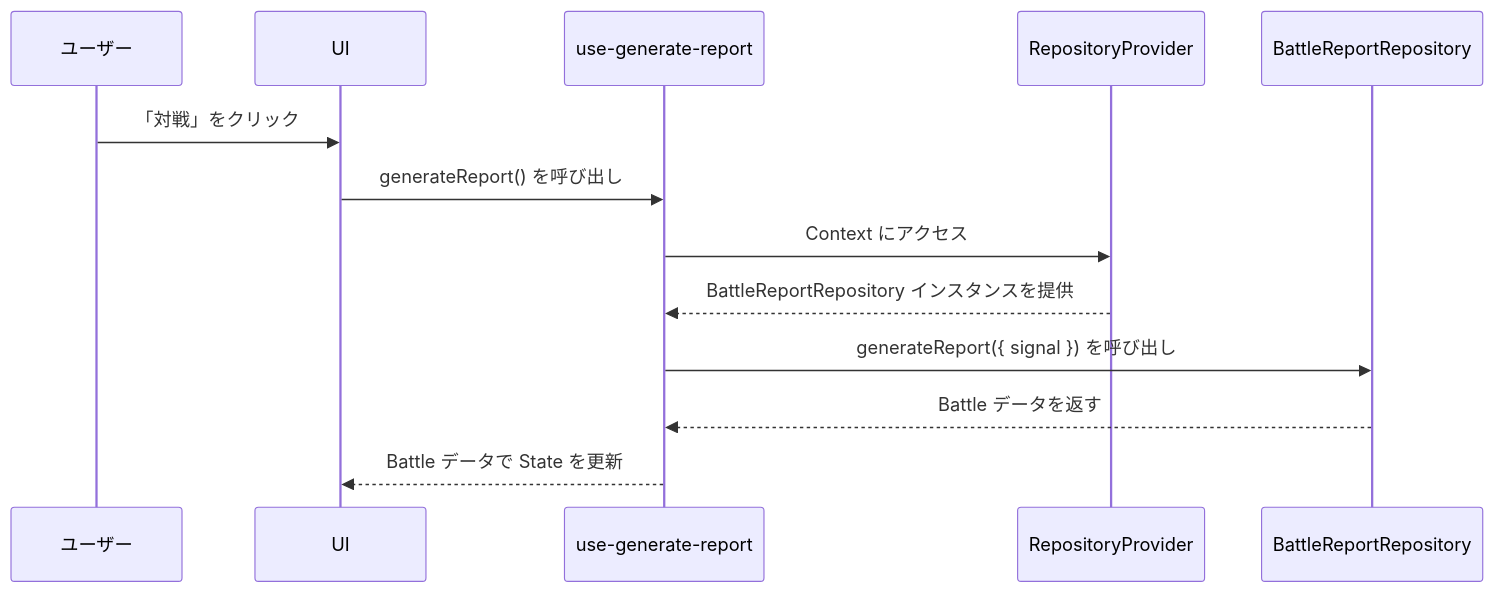
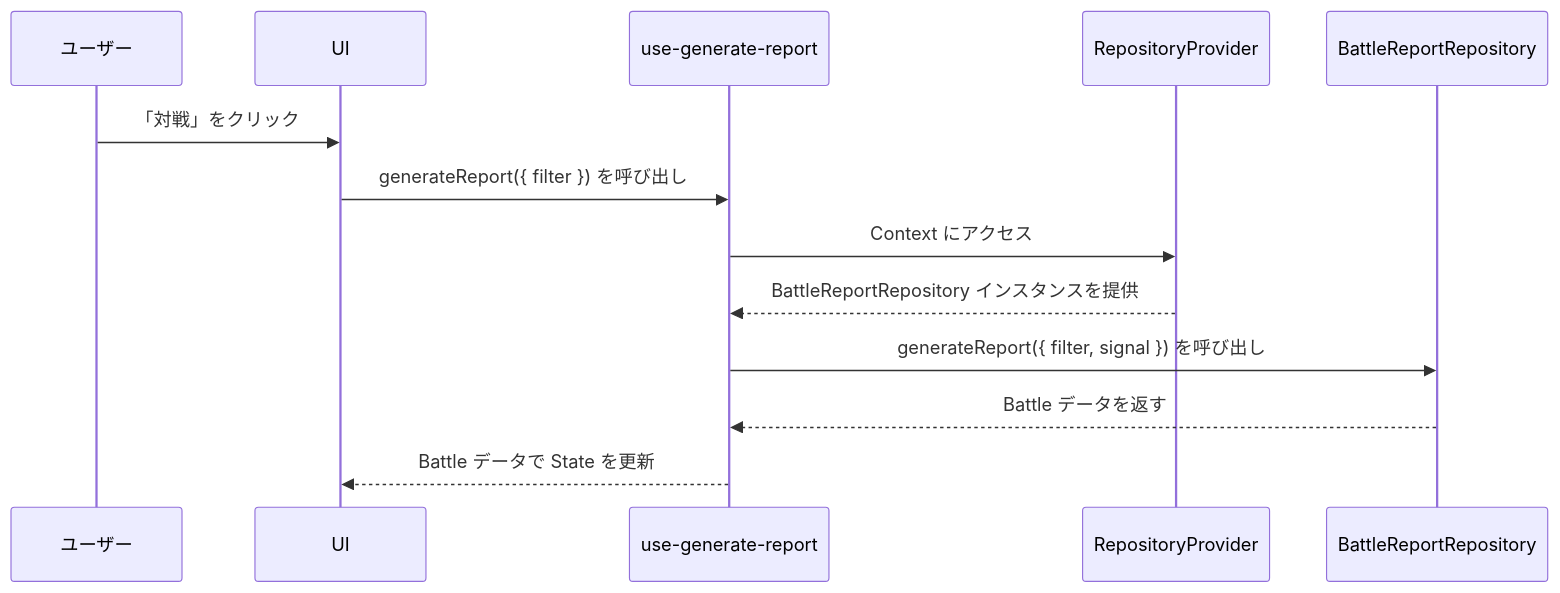
Before and after one commit to F88/yonokomae: the second of 3 diagrams in docs/DEVELOPMENT_JA.md, drawn with Mermaid. The commit also changed other lines of this file and 1 other file, not shown here.

Commit message:
feat(docs): unify generateReport parameters in BattleReportRepository documentation

````diff
--- a/docs/DEVELOPMENT_JA.md
+++ b/docs/DEVELOPMENT_JA.md
@@ -50,16 +50,16 @@
 ```mermaid
 sequenceDiagram
     participant User as ユーザー
     participant UI
     participant Hook as use-generate-report
     participant Provider as RepositoryProvider
     participant Repo as BattleReportRepository
 
     User->>UI: 「対戦」をクリック
-    UI->>Hook: generateReport() を呼び出し
+    UI->>Hook: generateReport({ filter }) を呼び出し
     Hook->>Provider: Context にアクセス
     Provider-->>Hook: BattleReportRepository インスタンスを提供
-    Hook->>Repo: generateReport({ signal }) を呼び出し
+    Hook->>Repo: generateReport({ filter, signal }) を呼び出し
     Repo-->>Hook: Battle データを返す
     Hook-->>UI: Battle データで State を更新
 ```
````
